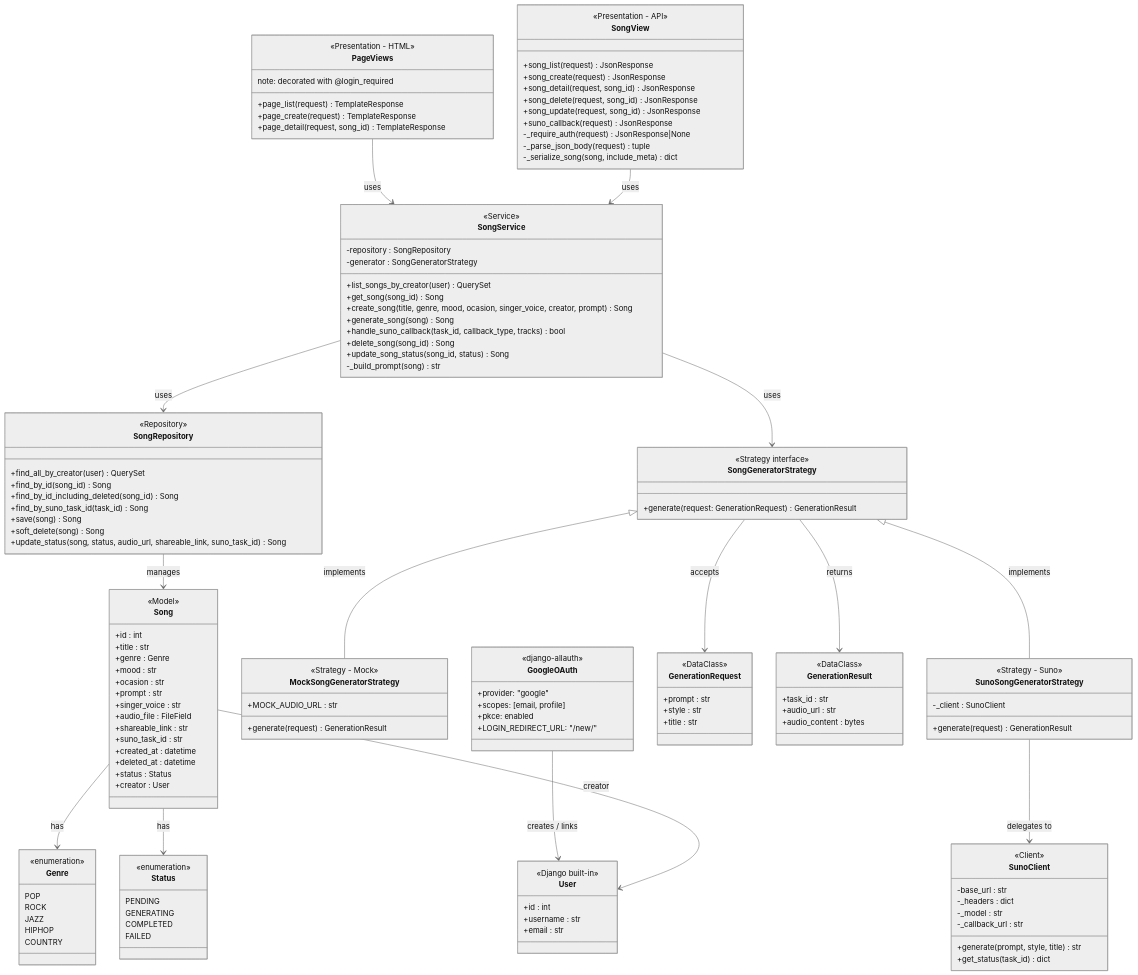
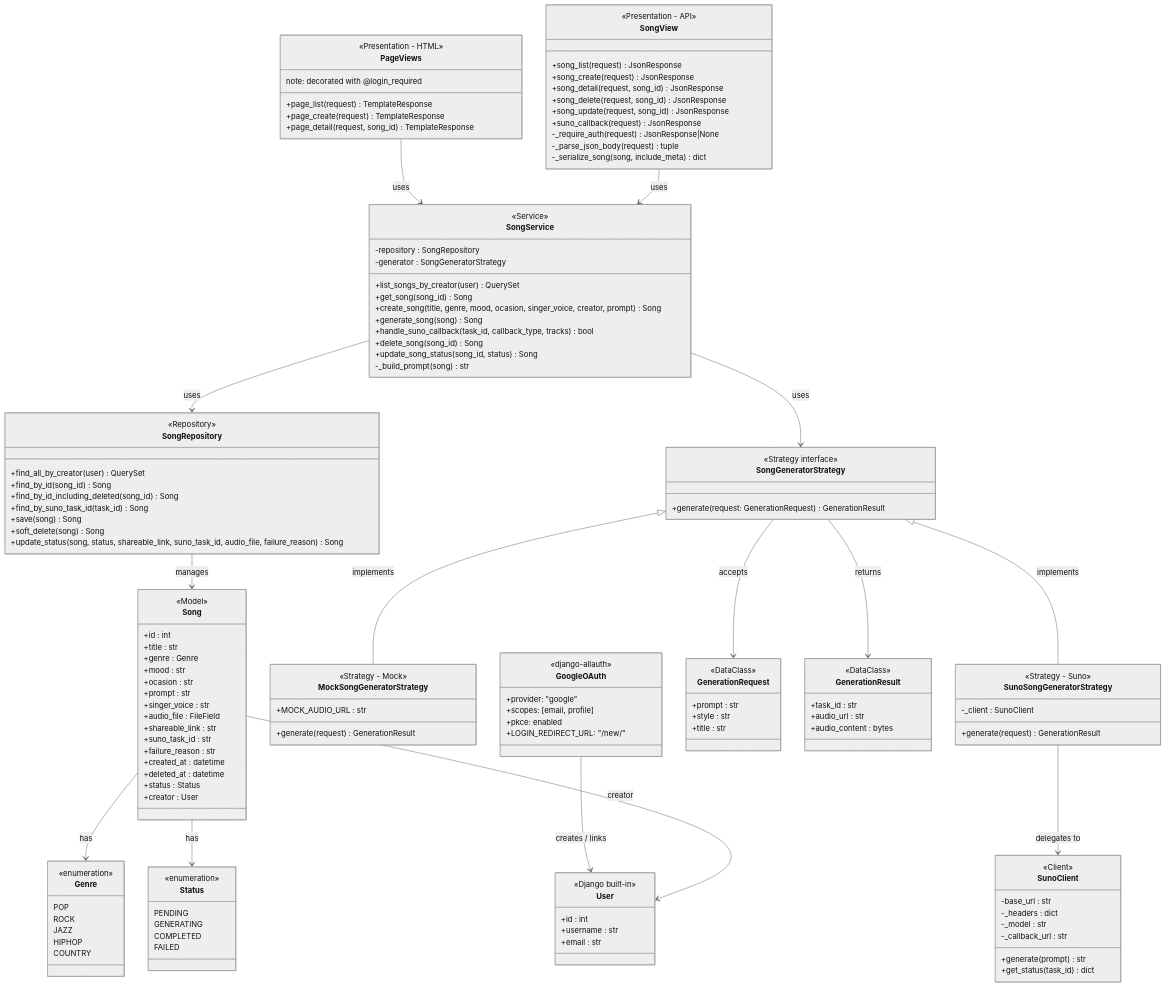
The diagram in docs/class_diagram.md (ParanyuLion/Cithara), drawn with Mermaid (neutral theme) before and after one commit. The commit also changed 2 other files, not shown here.

Commit message:
docs: update documentation to reflect changes in song generation process and error handling

```diff
--- a/docs/class_diagram.md
+++ b/docs/class_diagram.md
@@ -66,7 +66,7 @@
         +find_by_suno_task_id(task_id) Song
         +save(song) Song
         +soft_delete(song) Song
-        +update_status(song, status, audio_url, shareable_link, suno_task_id) Song
+        +update_status(song, status, shareable_link, suno_task_id, audio_file, failure_reason) Song
     }
 
     %% ── Client Layer ────────────────────────────────────────────────────────
@@ -93,7 +93,7 @@
         -_headers : dict
         -_model : str
         -_callback_url : str
-        +generate(prompt, style, title) str
+        +generate(prompt) str
         +get_status(task_id) dict
     }
 
@@ -124,6 +124,7 @@
         +audio_file : FileField
         +shareable_link : str
         +suno_task_id : str
+        +failure_reason : str
         +created_at : datetime
         +deleted_at : datetime
         +status : Status
```
